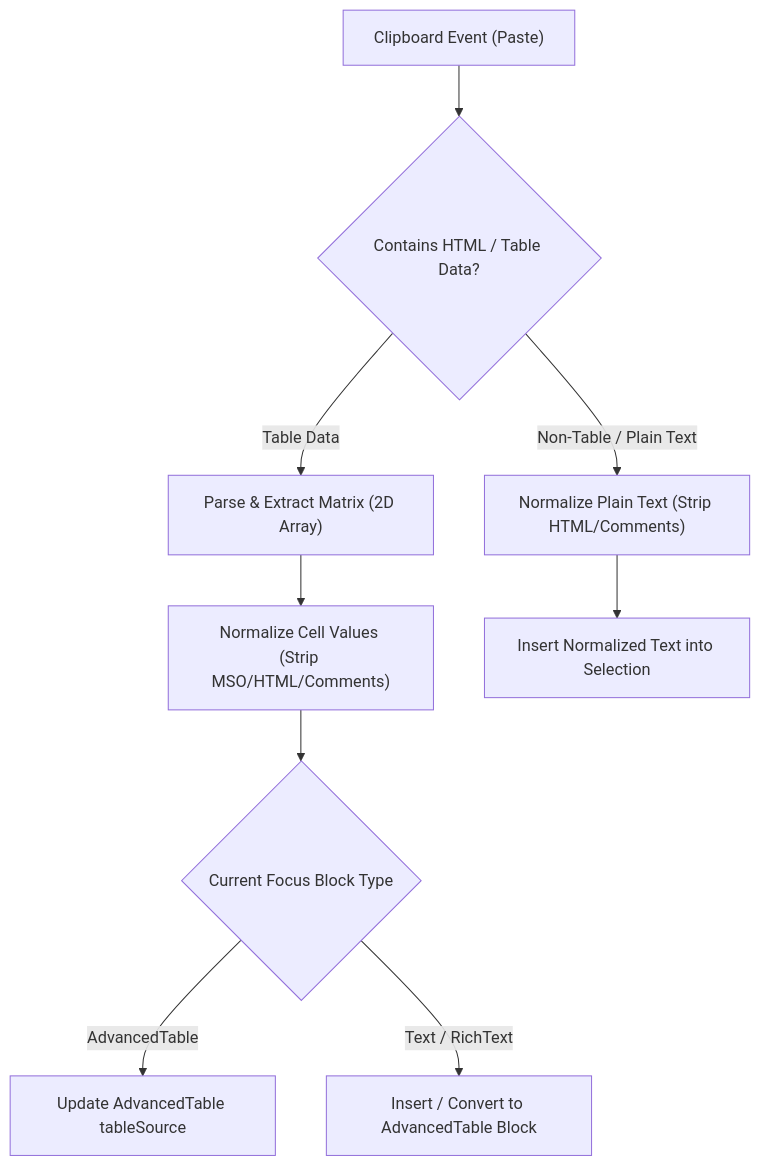
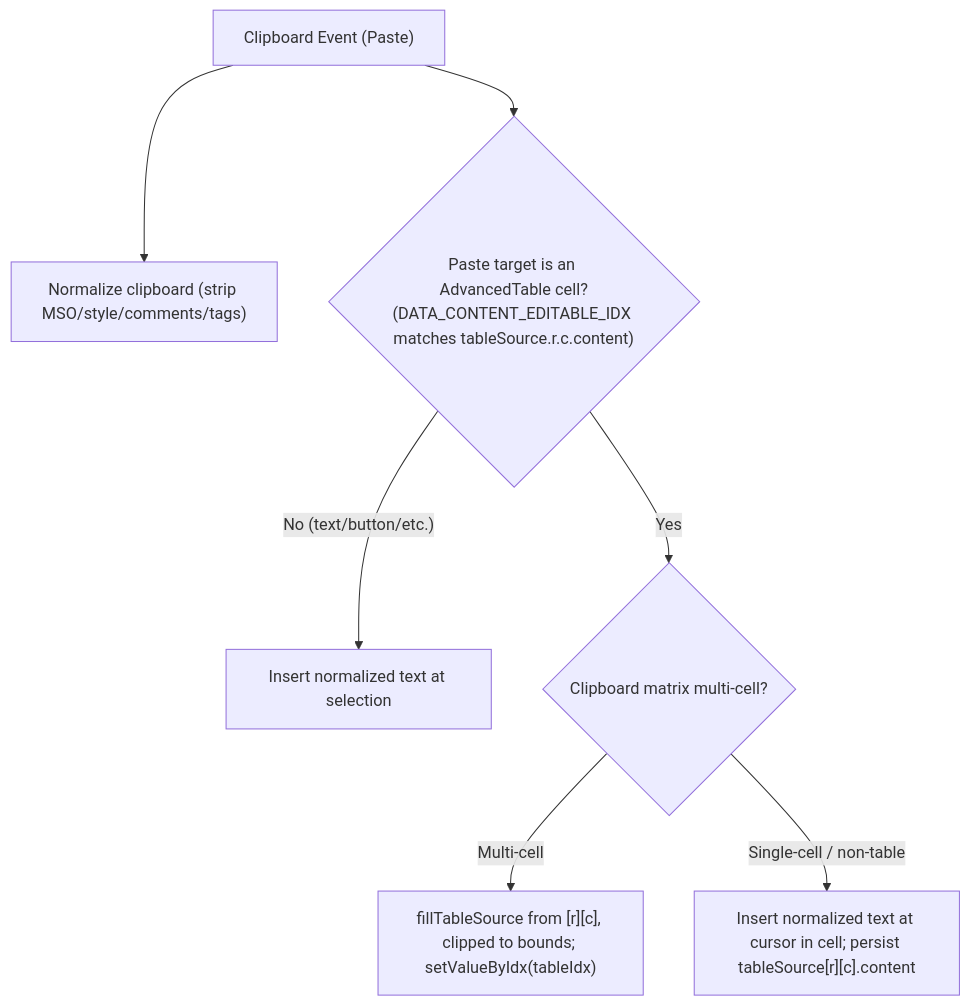
Before and after one commit to thanhpv-102/easy-email-editor: the diagram in docs/specs/2026-10-01-inline-text-excel-paste-design.md, drawn with Mermaid. The commit also changed other lines of this file and 7 other files, not shown here.

Commit message:
docs: update spec and plan for target-aware InlineText paste

````diff
--- a/docs/specs/2026-10-01-inline-text-excel-paste-design.md
+++ b/docs/specs/2026-10-01-inline-text-excel-paste-design.md
@@ -22,12 +30,9 @@
 ```mermaid
 flowchart TD
-    A["Clipboard Event (Paste)"] --> B{"Contains HTML / Table Data?"}
-    B -- "Table Data" --> C["Parse & Extract Matrix (2D Array)"]
-    C --> D["Normalize Cell Values (Strip MSO/HTML/Comments)"]
-    D --> E{"Current Focus Block Type"}
-    E -- "AdvancedTable" --> F["Update AdvancedTable tableSource"]
-    E -- "Text / RichText" --> G["Insert / Convert to AdvancedTable Block"]
-    
-    B -- "Non-Table / Plain Text" --> H["Normalize Plain Text (Strip HTML/Comments)"]
-    H --> I["Insert Normalized Text into Selection"]
+    A["Clipboard Event (Paste)"] --> B["Normalize clipboard (strip MSO/style/comments/tags)"]
+    A --> C{"Paste target is an AdvancedTable cell?<br/>(DATA_CONTENT_EDITABLE_IDX matches tableSource.r.c.content)"}
+    C -- "No (text/button/etc.)" --> D["Insert normalized text at selection"]
+    C -- "Yes" --> E{"Clipboard matrix multi-cell?"}
+    E -- "Multi-cell" --> F["fillTableSource from [r][c], clipped to bounds; setValueByIdx(tableIdx)"]
+    E -- "Single-cell / non-table" --> G["Insert normalized text at cursor in cell; persist tableSource[r][c].content"]
 ```
````
